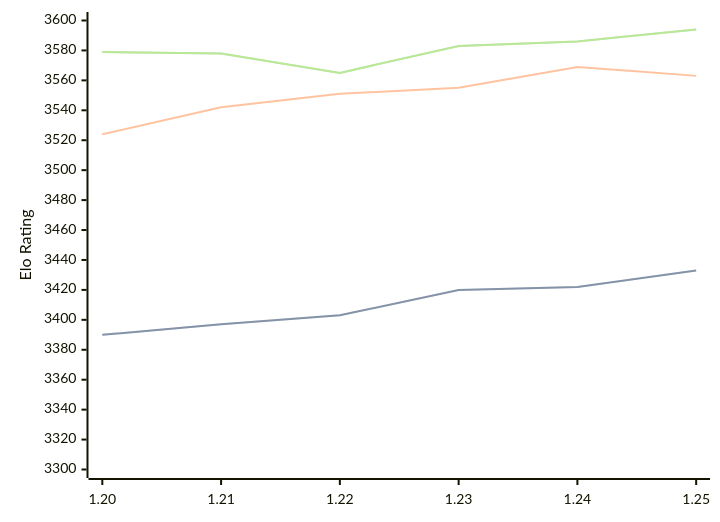
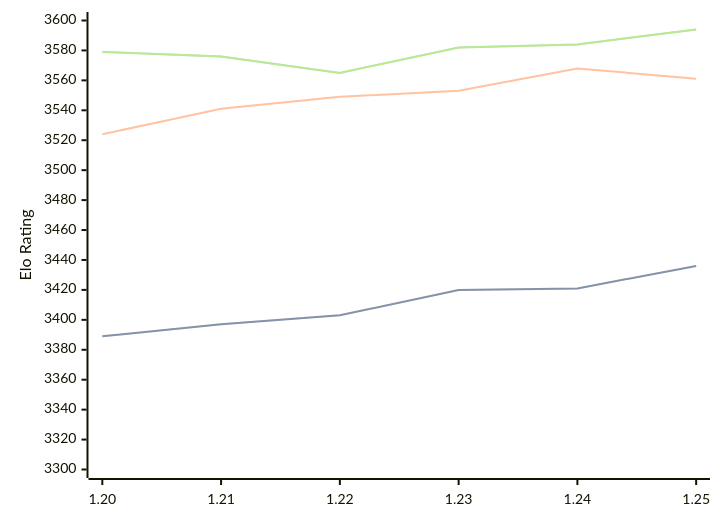
One commit to computer-chess-index/cci changed the diagram in engines/Caissa.md. Above: the diagram before and after it, drawn with Mermaid. The commit also changed other lines of this file, not shown here.

Commit message:
Update CCI Ratings (ELO VLTC) - 2026-04-17

````diff
--- a/engines/Caissa.md
+++ b/engines/Caissa.md
@@ -65,11 +65,11 @@
 ```mermaid
 %%{init: {"theme":"base","themeVariables":{"seriesColors:['#a3a3a3','#222221','#faa371']}}}%%
 xychart-beta
   x-axis ["1.20", "1.21", "1.22", "1.23", "1.24", "1.25"]
   y-axis "Elo Rating" 3300 --> 3600
-  line "STC (8.0+0.08s)" [3390, 3397, 3403, 3420, 3422, 3433]
-  line "STC (8.0+0.08s)" [3390, 3397, 3403, 3420, 3422, 3433]
-  line "LTC (60.0+0.60s)" [3524, 3542, 3551, 3555, 3569, 3563]
-  line "VLTC (2m24s+1.12s)" [3579, 3578, 3565, 3583, 3586, 3594]
-  line "VLTC (2m24s+1.12s)" [3579, 3578, 3565, 3583, 3586, 3594]
+  line "STC (8.0+0.08s)" [3389, 3397, 3403, 3420, 3421, 3436]
+  line "STC (8.0+0.08s)" [3389, 3397, 3403, 3420, 3421, 3436]
+  line "LTC (60.0+0.60s)" [3524, 3541, 3549, 3553, 3568, 3561]
+  line "VLTC (2m24s+1.12s)" [3579, 3576, 3565, 3582, 3584, 3594]
+  line "VLTC (2m24s+1.12s)" [3579, 3576, 3565, 3582, 3584, 3594]
 ```
````
